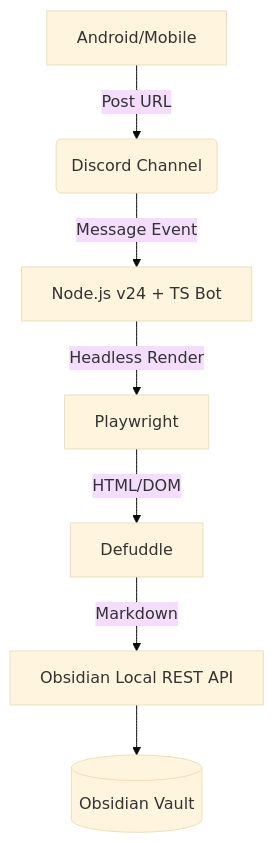
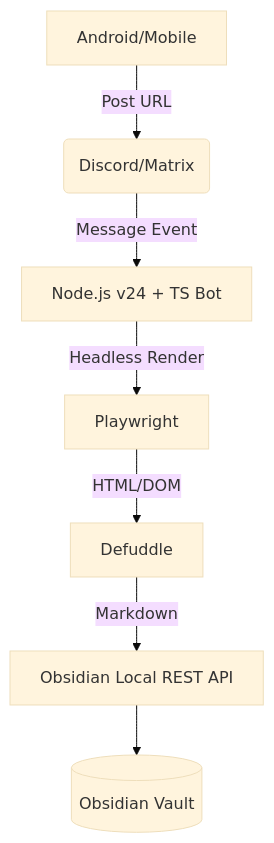
Before and after one commit to Maki-Daisuke/obsidian-remote-clipper: the diagram in doc/design.md, drawn with Mermaid (base theme). The commit also changed other lines of this file and 2 other files, not shown here.

First line of the commit message:
docs(matrix): update README and design docs for Matrix integration

````diff
--- a/doc/design.md
+++ b/doc/design.md
@@ -10,9 +10,9 @@
 ```mermaid
 graph TD
-    A[Android/Mobile] -- "Post URL" --> B(Discord Channel)
+    A[Android/Mobile] -- "Post URL" --> B(Discord/Matrix)
     B -- "Message Event" --> C[Node.js v24 + TS Bot]
     C -- "Headless Render" --> D[Playwright]
     D -- "HTML/DOM" --> E[Defuddle]
     E -- "Markdown" --> F[Obsidian Local REST API]
     F --> G[(Obsidian Vault)]
 ```
````
